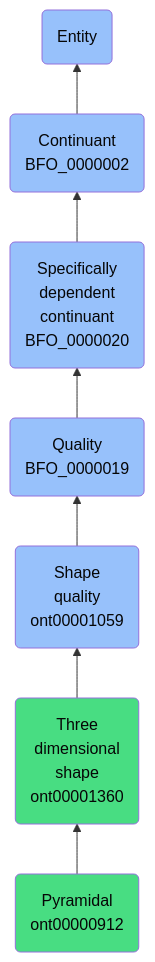
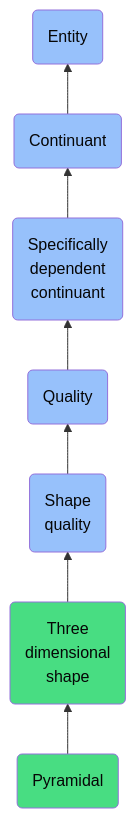
The diagram in docs/ontology/reference/model/Entity/Continuant/Specifically dependent continuant/Quality/Shape quality/Three dimensional shape/Pyramidal/Pyramidal.md (jupyter-naas/abi), drawn with Mermaid before and after one commit. The commit also changed other lines of this file and 1430 other files, not shown here.

````diff
--- a/docs/ontology/reference/model/Entity/Continuant/Specifically dependent continuant/Quality/Shape quality/Three dimensional shape/Pyramidal/Pyramidal.md
+++ b/docs/ontology/reference/model/Entity/Continuant/Specifically dependent continuant/Quality/Shape quality/Three dimensional shape/Pyramidal/Pyramidal.md
@@ -24,14 +24,14 @@
 ```mermaid
 graph BT
-    ont00000912(Pyramidal<br>ont00000912):::ABI-->ont00001360
-    ont00001360(Three<br>dimensional<br>shape<br>ont00001360):::ABI-->ont00001059
-    ont00001059(Shape<br>quality<br>ont00001059):::BFO-->BFO_0000019
-    BFO_0000019(Quality<br>BFO_0000019):::BFO-->BFO_0000020
-    BFO_0000020(Specifically<br>dependent<br>continuant<br>BFO_0000020):::BFO-->BFO_0000002
-    BFO_0000002(Continuant<br>BFO_0000002):::BFO-->BFO_0000001
+    ont00000912(Pyramidal):::ABI-->ont00001360
+    ont00001360(Three<br>dimensional<br>shape):::ABI-->ont00001059
+    ont00001059(Shape<br>quality):::BFO-->BFO_0000019
+    BFO_0000019(Quality):::BFO-->BFO_0000020
+    BFO_0000020(Specifically<br>dependent<br>continuant):::BFO-->BFO_0000002
+    BFO_0000002(Continuant):::BFO-->BFO_0000001
     BFO_0000001(Entity):::BFO
     
     classDef BFO fill:#97c1fb,color:#060606
     classDef CCO fill:#e4c51e,color:#060606
     classDef ABI fill:#48DD82,color:#060606
 ```
````
